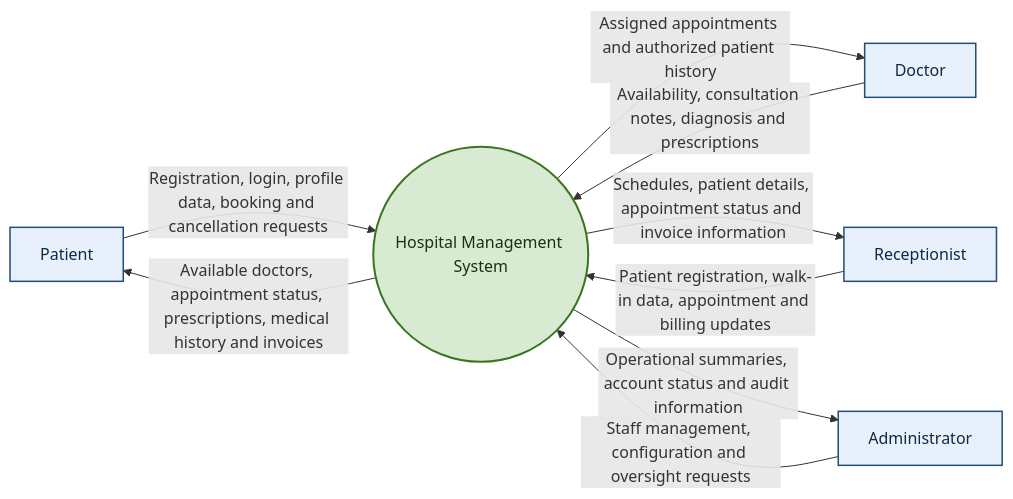
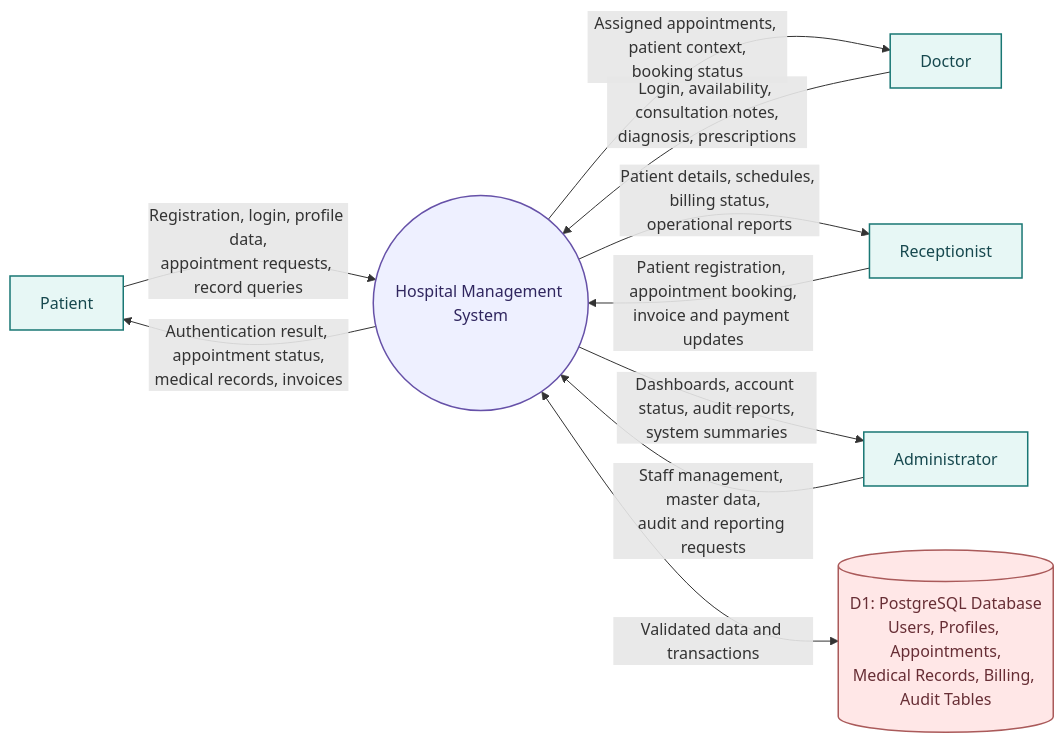
The diagram in docs/diagrams/context_diagram.mmd (Debvex/Hospital-Management-System), drawn with Mermaid before and after one commit. The commit also changed 4 other files, not shown here.

Commit message:
changed the diagrams becuase er diagram had a normalisation issue and dfd was viewing different tables as different databases therefore changed into one db with multiple tables

```diff
--- a/docs/diagrams/context_diagram.mmd
+++ b/docs/diagrams/context_diagram.mmd
@@ -1,23 +1,28 @@
 flowchart LR
     Patient[Patient]
     Doctor[Doctor]
     Receptionist[Receptionist]
-    Admin[Administrator]
+    Administrator[Administrator]
     HMS((Hospital Management System))
+    DB[(D1: PostgreSQL Database<br/>Users, Profiles, Appointments,<br/>Medical Records, Billing, Audit Tables)]
 
-    Patient -->|Registration, login, profile data, booking and cancellation requests| HMS
-    HMS -->|Available doctors, appointment status, prescriptions, medical history and invoices| Patient
+    Patient -->|Registration, login, profile data,<br/>appointment requests, record queries| HMS
+    HMS -->|Authentication result, appointment status,<br/>medical records, invoices| Patient
 
-    Doctor -->|Availability, consultation notes, diagnosis and prescriptions| HMS
-    HMS -->|Assigned appointments and authorized patient history| Doctor
+    Doctor -->|Login, availability, consultation notes,<br/>diagnosis, prescriptions| HMS
+    HMS -->|Assigned appointments, patient context,<br/>booking status| Doctor
 
-    Receptionist -->|Patient registration, walk-in data, appointment and billing updates| HMS
-    HMS -->|Schedules, patient details, appointment status and invoice information| Receptionist
+    Receptionist -->|Patient registration, appointment booking,<br/>invoice and payment updates| HMS
+    HMS -->|Patient details, schedules, billing status,<br/>operational reports| Receptionist
 
-    Admin -->|Staff management, configuration and oversight requests| HMS
-    HMS -->|Operational summaries, account status and audit information| Admin
+    Administrator -->|Staff management, master data,<br/>audit and reporting requests| HMS
+    HMS -->|Dashboards, account status, audit reports,<br/>system summaries| Administrator
 
-    classDef external fill:#E8F1FB,stroke:#1F4E79,stroke-width:1.5px,color:#102A43;
-    classDef system fill:#D9EAD3,stroke:#38761D,stroke-width:2px,color:#17320F;
-    class Patient,Doctor,Receptionist,Admin external;
-    class HMS system;
+    HMS <-->|Validated data and transactions| DB
+
+    classDef external fill:#e7f7f5,stroke:#197774,stroke-width:1.5px,color:#16484e;
+    classDef process fill:#eef0ff,stroke:#6651a8,stroke-width:1.5px,color:#30265f;
+    classDef datastore fill:#ffe7e7,stroke:#aa5a5a,stroke-width:1.5px,color:#672e35;
+    class Patient,Doctor,Receptionist,Administrator external;
+    class HMS process;
+    class DB datastore;
```
